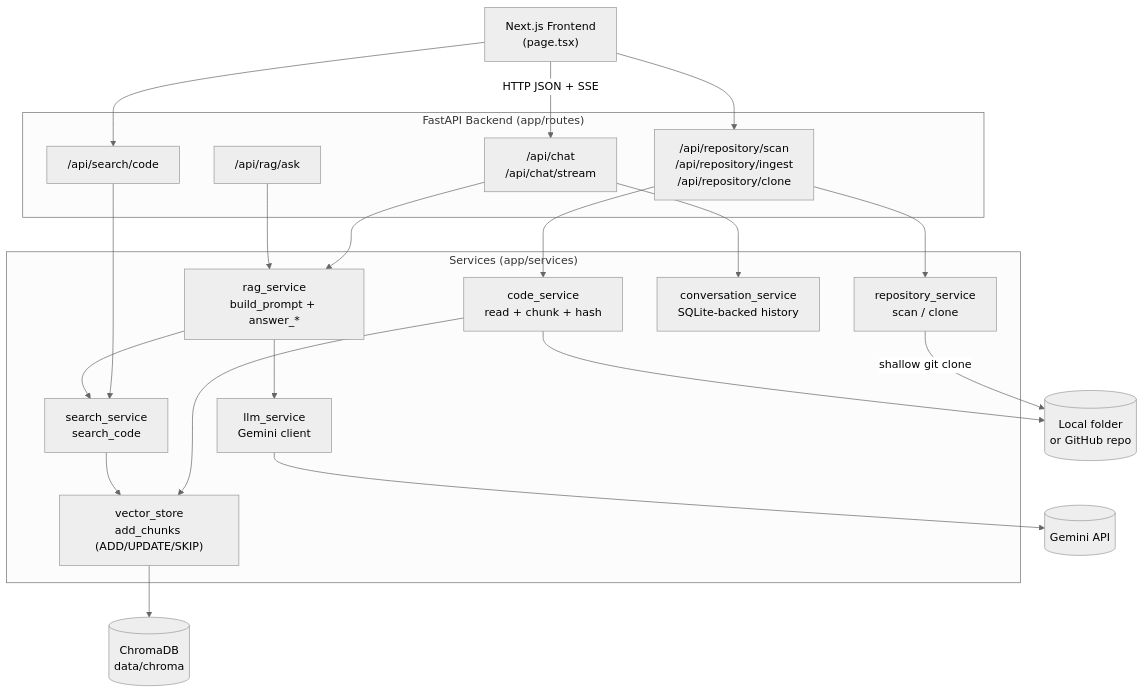
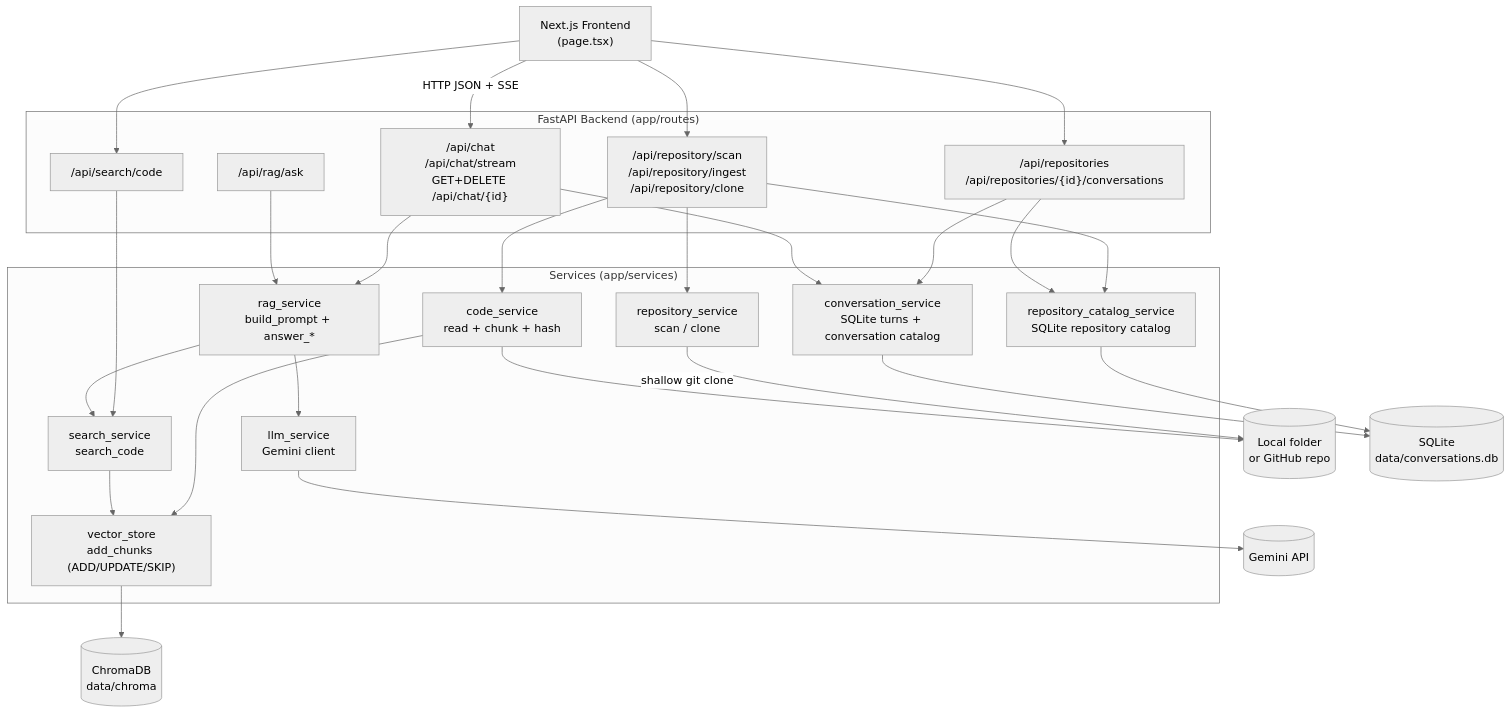
One commit to Sanjana-Chauhan/AI-Engineering-Copilot changed the first of 3 diagrams in readme.md. Above: the diagram before and after it, drawn with Mermaid (neutral theme). The commit also changed other lines of this file and 8 other files, not shown here.

Commit message:
Added Backend support to store the chat History

````diff
--- a/readme.md
+++ b/readme.md
@@ -77,47 +87,57 @@
 ```mermaid
 flowchart TB
     UI["Next.js Frontend<br/>(page.tsx)"]
 
     subgraph API["FastAPI Backend (app/routes)"]
-        ChatAPI["/api/chat<br/>/api/chat/stream"]
+        ChatAPI["/api/chat<br/>/api/chat/stream<br/>GET+DELETE /api/chat/{id}"]
         RepoAPI["/api/repository/scan<br/>/api/repository/ingest<br/>/api/repository/clone"]
+        CatalogAPI["/api/repositories<br/>/api/repositories/{id}/conversations"]
         SearchAPI["/api/search/code"]
         RagAPI["/api/rag/ask"]
     end
 
     subgraph SVC["Services (app/services)"]
         RepoSvc["repository_service<br/>scan / clone"]
         CodeSvc["code_service<br/>read + chunk + hash"]
         VectorStore["vector_store<br/>add_chunks (ADD/UPDATE/SKIP)"]
         SearchSvc["search_service<br/>search_code"]
         RagSvc["rag_service<br/>build_prompt + answer_*"]
-        ConvSvc["conversation_service<br/>SQLite-backed history"]
+        ConvSvc["conversation_service<br/>SQLite turns + conversation catalog"]
+        RepoCatalogSvc["repository_catalog_service<br/>SQLite repository catalog"]
         LlmSvc["llm_service<br/>Gemini client"]
     end
 
     Chroma[("ChromaDB<br/>data/chroma")]
     Gemini[("Gemini API")]
     Source[("Local folder<br/>or GitHub repo")]
+    SqliteDb[("SQLite<br/>data/conversations.db")]
 
     UI -- "HTTP JSON + SSE" --> ChatAPI
     UI --> RepoAPI
+    UI --> CatalogAPI
     UI --> SearchAPI
 
     RepoAPI --> RepoSvc
     RepoAPI --> CodeSvc
     RepoSvc -- "shallow git clone" --> Source
     CodeSvc --> Source
     CodeSvc --> VectorStore
     VectorStore --> Chroma
+
+    RepoAPI --> RepoCatalogSvc
+    CatalogAPI --> RepoCatalogSvc
+    CatalogAPI --> ConvSvc
+    RepoCatalogSvc --> SqliteDb
+    ConvSvc --> SqliteDb
 
     SearchAPI --> SearchSvc
     SearchSvc --> VectorStore
 
     ChatAPI --> RagSvc
     ChatAPI --> ConvSvc
     RagAPI --> RagSvc
 
     RagSvc --> SearchSvc
     RagSvc --> LlmSvc
     LlmSvc --> Gemini
 ```
````
